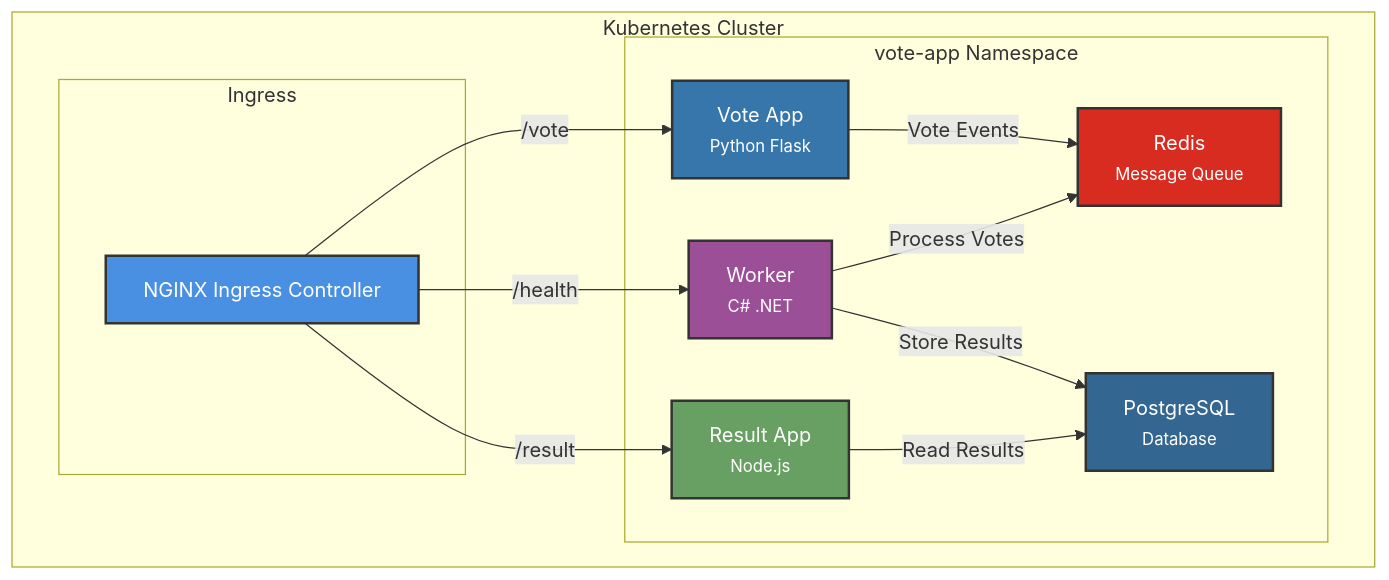
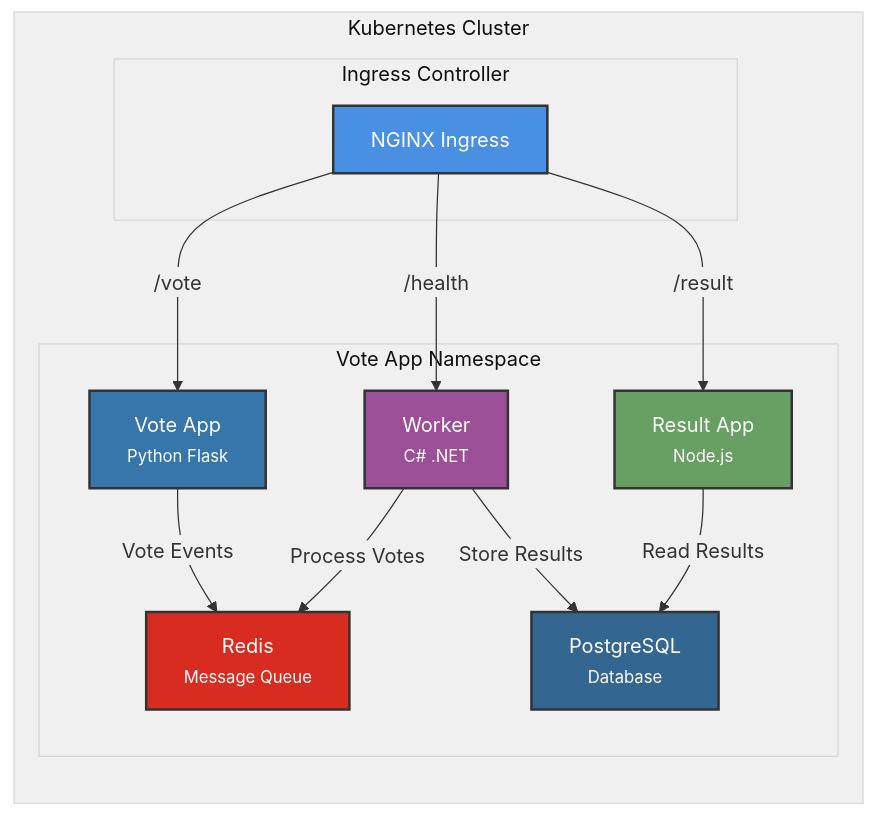
One commit to matthewntsiful/ghana-voting-k8s changed the diagram in README.md. Above: the diagram before and after it, drawn with Mermaid. The commit also changed other lines of this file, not shown here.

````diff
--- a/README.md
+++ b/README.md
@@ -46,36 +45,43 @@
 ```mermaid
+%%{init: {'theme': 'base', 'themeVariables': { 'primaryColor': '#f0f0f0', 'primaryTextColor': '#333', 'primaryBorderColor': '#666', 'lineColor': '#333', 'tertiaryColor': '#f0f0f0', 'fontFamily': 'Arial'}}}%%
 flowchart TD
     subgraph Kubernetes Cluster
-        subgraph Ingress
-            A[NGINX Ingress Controller]
+        direction TB
+        
+        subgraph Ingress[Ingress Controller]
+            A[NGINX Ingress]
         end
         
-        subgraph vote-app Namespace
-            B[Vote App
-            <small>Python Flask</small>]
-            C[Result App
-            <small>Node.js</small>]
-            D[Worker
-            <small>C# .NET</small>]
-            E[Redis
-            <small>Message Queue</small>]
-            F[PostgreSQL
-            <small>Database</small>]
-            
-            A -->|/vote| B
-            A -->|/result| C
-            A -->|/health| D
-            B -->|Vote Events| E
-            D -->|Process Votes| E
-            D -->|Store Results| F
-            C -->|Read Results| F
+        subgraph vote-app[Vote App Namespace]
+            B[Vote App\n<small>Python Flask</small>]
+            C[Result App\n<small>Node.js</small>]
+            D[Worker\n<small>C# .NET</small>]
+            E[Redis\n<small>Message Queue</small>]
+            F[PostgreSQL\n<small>Database</small>]
         end
+        
+        %% Connections
+        A -->|"/vote"| B
+        A -->|"/result"| C
+        A -->|"/health"| D
+        B -->|Vote Events| E
+        D -->|Process Votes| E
+        D -->|Store Results| F
+        C -->|Read Results| F
+        
+        %% Styling
+        classDef ingress fill:#4a90e2,stroke:#333,stroke-width:2px,color:white
+        classDef python fill:#3776ab,stroke:#333,stroke-width:2px,color:white
+        classDef nodejs fill:#68a063,stroke:#333,stroke-width:2px,color:white
+        classDef csharp fill:#9b4f96,stroke:#333,stroke-width:2px,color:white
+        classDef redis fill:#d82c20,stroke:#333,stroke-width:2px,color:white
+        classDef postgres fill:#336791,stroke:#333,stroke-width:2px,color:white
+        
+        class A ingress
+        class B python
+        class C nodejs
+        class D csharp
+        class E redis
+        class F postgres
     end
-    
-    style A fill:#4a90e2,stroke:#333,stroke-width:2px,color:white
-    style B fill:#3776ab,stroke:#333,stroke-width:2px,color:white
-    style C fill:#68a063,stroke:#333,stroke-width:2px,color:white
-    style D fill:#9b4f96,stroke:#333,stroke-width:2px,color:white
-    style E fill:#d82c20,stroke:#333,stroke-width:2px,color:white
-    style F fill:#336791,stroke:#333,stroke-width:2px,color:white
 ```
````
